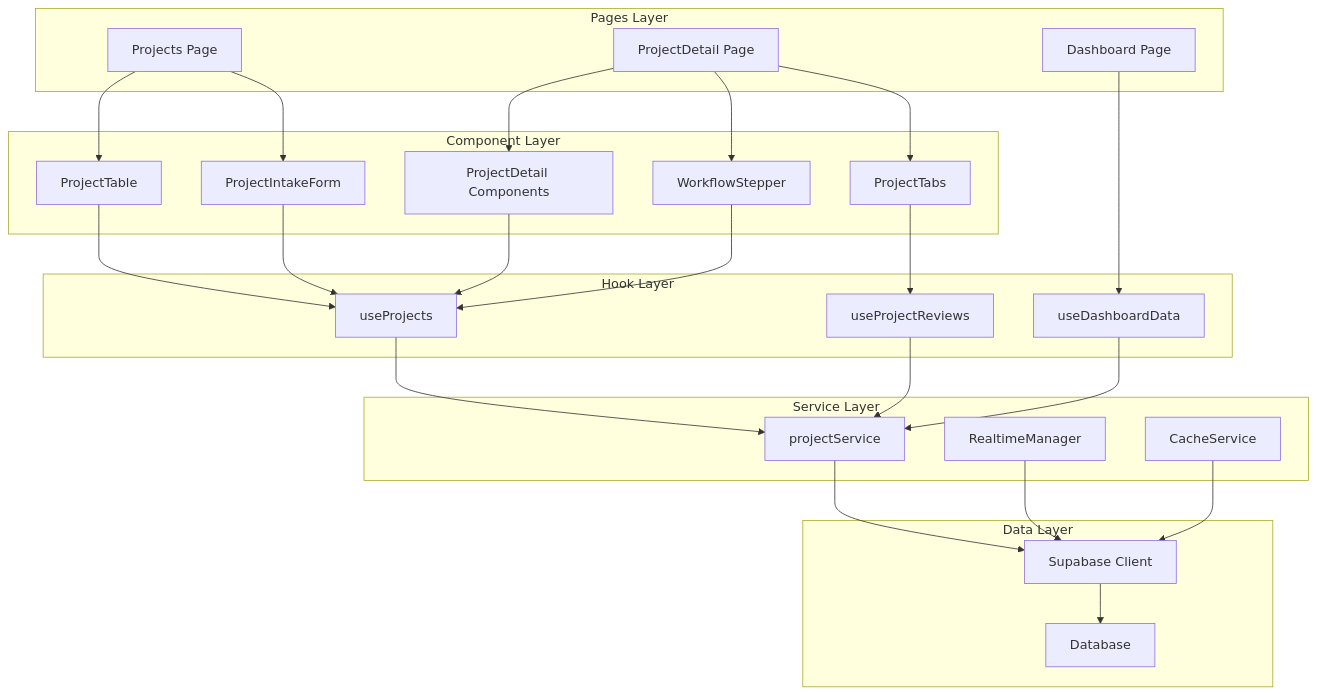
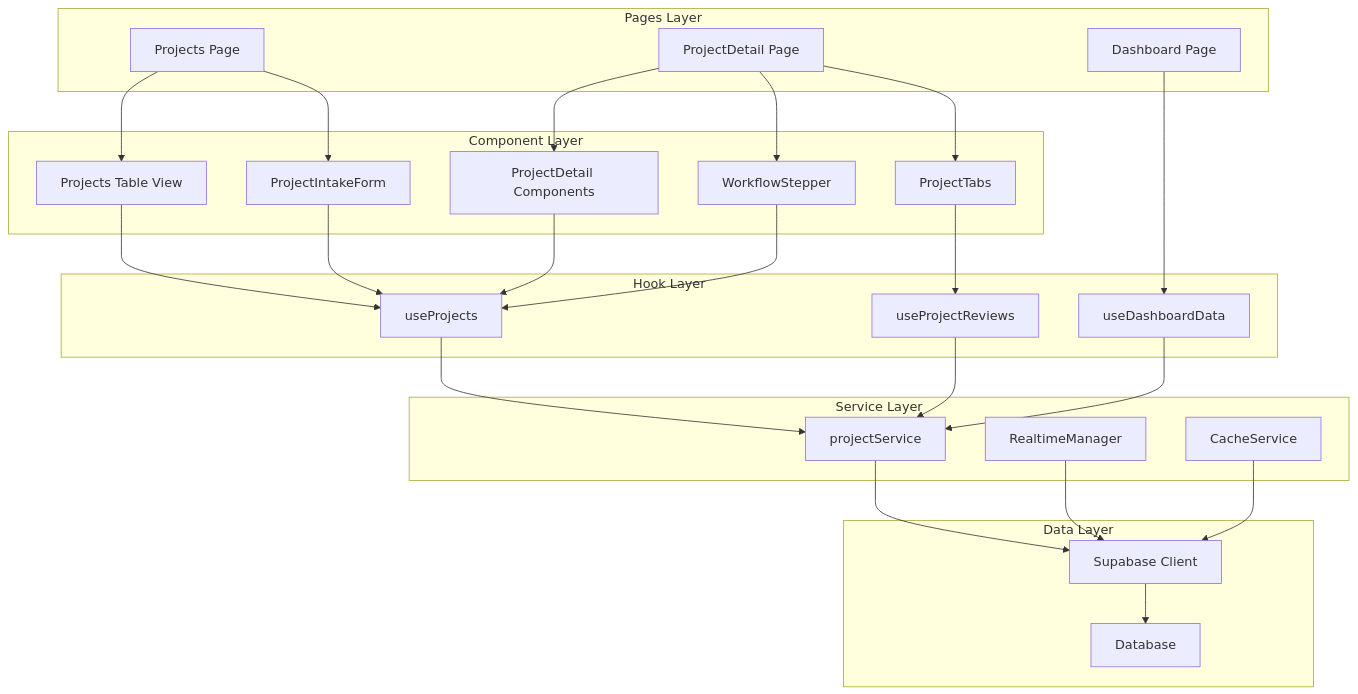
The first of 9 diagrams in docs/project-management-system/component-architecture.md (tongvtdan/apillis-mfg), drawn with Mermaid before and after one commit. The commit also changed other lines of this file and 33 other files, not shown here.

````diff
--- a/docs/project-management-system/component-architecture.md
+++ b/docs/project-management-system/component-architecture.md
@@ -9,55 +9,55 @@
 ```mermaid
 graph TB
     subgraph "Pages Layer"
         A[Projects Page]
         B[ProjectDetail Page]
         C[Dashboard Page]
     end
     
     subgraph "Component Layer"
-        D[ProjectTable]
+        D[Projects Table View]
         E[ProjectDetail Components]
         F[ProjectIntakeForm]
         G[WorkflowStepper]
         H[ProjectTabs]
     end
     
     subgraph "Hook Layer"
         I[useProjects]
         J[useProjectReviews]
         K[useDashboardData]
     end
     
     subgraph "Service Layer"
         L[projectService]
         M[RealtimeManager]
         N[CacheService]
     end
     
     subgraph "Data Layer"
         O[Supabase Client]
         P[Database]
     end
     
     A --> D
     A --> F
     B --> E
     B --> G
     B --> H
     C --> K
     
     D --> I
     E --> I
     F --> I
     G --> I
     H --> J
     
     I --> L
     J --> L
     K --> L
     
     L --> O
     M --> O
     N --> O
     O --> P
 ```
````
